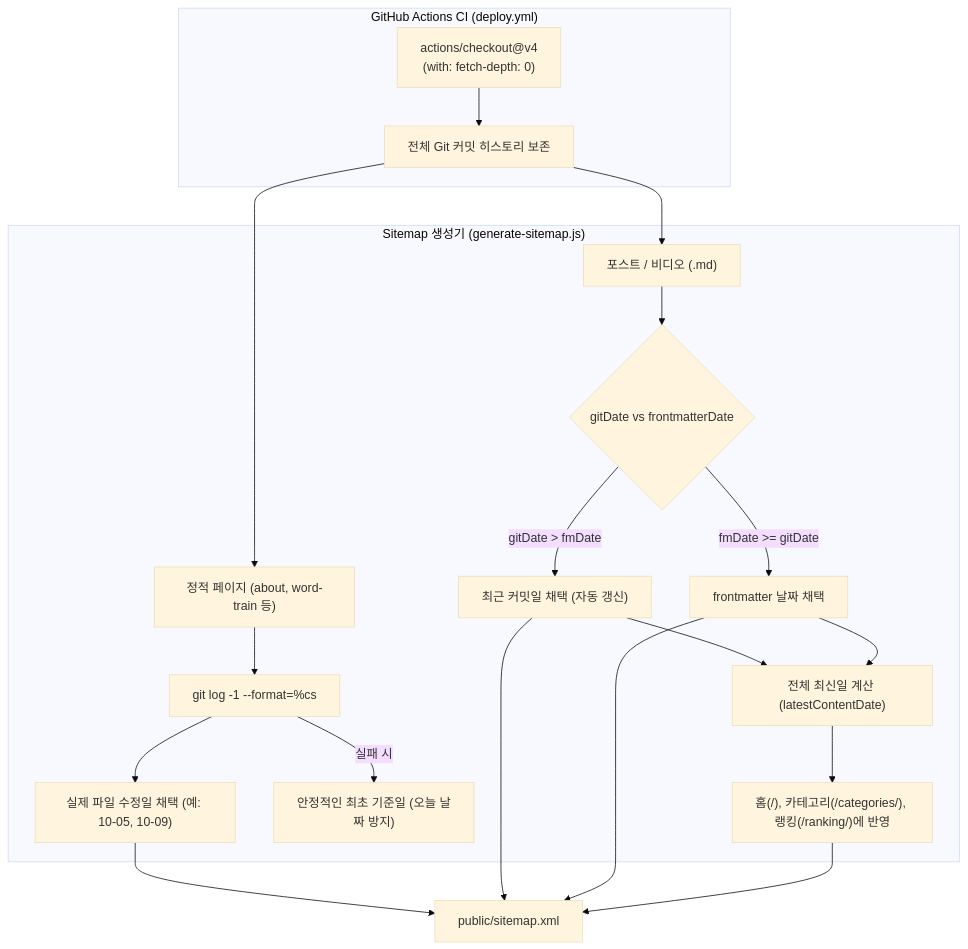
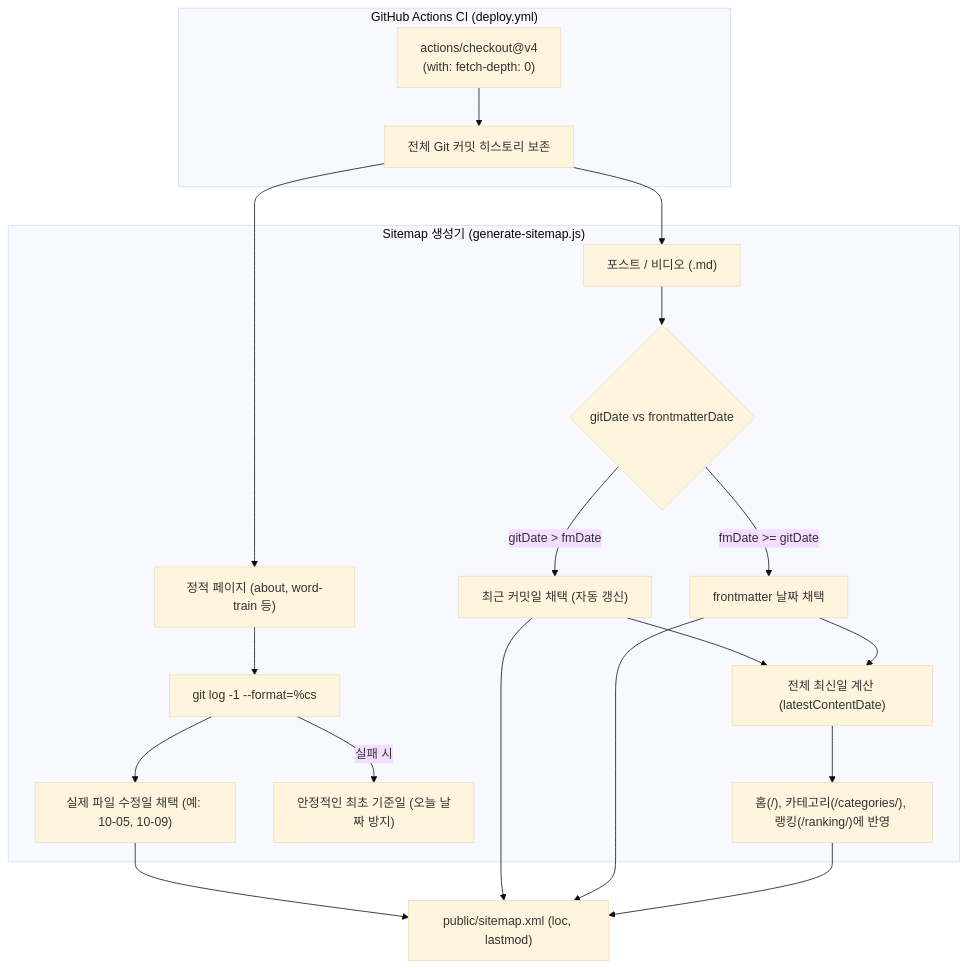
Before and after one commit to seodaeya/seodaeya.github.io: the diagram in docs/sitemap-lastmod-architecture.md, drawn with Mermaid (base theme). The commit also changed other lines of this file and 6 other files, not shown here.

````diff
--- a/docs/sitemap-lastmod-architecture.md
+++ b/docs/sitemap-lastmod-architecture.md
@@ -42,28 +43,28 @@
 ```mermaid
 flowchart TD
     subgraph CI["GitHub Actions CI (deploy.yml)"]
         Checkout["actions/checkout@v4<br/>(with: fetch-depth: 0)"] --> FullGit["전체 Git 커밋 히스토리 보존"]
     end
 
     subgraph SitemapGen["Sitemap 생성기 (generate-sitemap.js)"]
         FullGit --> PostCheck["포스트 / 비디오 (.md)"]
         FullGit --> CoreCheck["정적 페이지 (about, word-train 등)"]
         
         PostCheck --> CompareDates{"gitDate vs frontmatterDate"}
         CompareDates -->|gitDate > fmDate| UseGit["최근 커밋일 채택 (자동 갱신)"]
         CompareDates -->|fmDate >= gitDate| UseFM["frontmatter 날짜 채택"]
         
         CoreCheck --> GitLog["git log -1 --format=%cs"]
         GitLog --> StaticDate["실제 파일 수정일 채택 (예: 10-05, 10-09)"]
         GitLog -->|실패 시| SafeFallback["안정적인 최초 기준일 (오늘 날짜 방지)"]
         
         UseGit --> Aggregate["전체 최신일 계산 (latestContentDate)"]
         UseFM --> Aggregate
         Aggregate --> HubPages["홈(/), 카테고리(/categories/), 랭킹(/ranking/)에 반영"]
     end
 
-    StaticDate --> Output["public/sitemap.xml"]
+    StaticDate --> Output["public/sitemap.xml (loc, lastmod)"]
     UseGit --> Output
     UseFM --> Output
     HubPages --> Output
 ```
````
